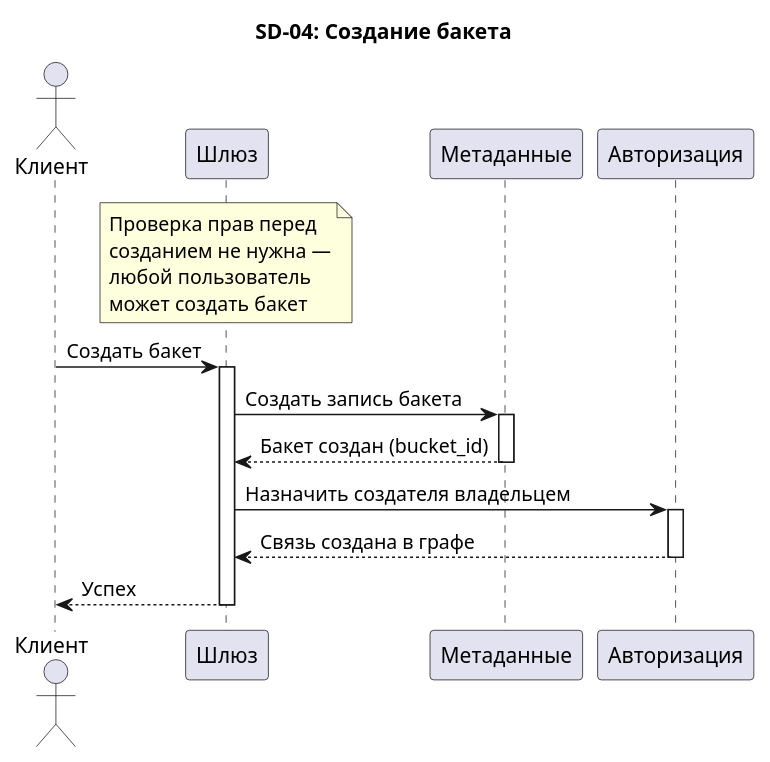
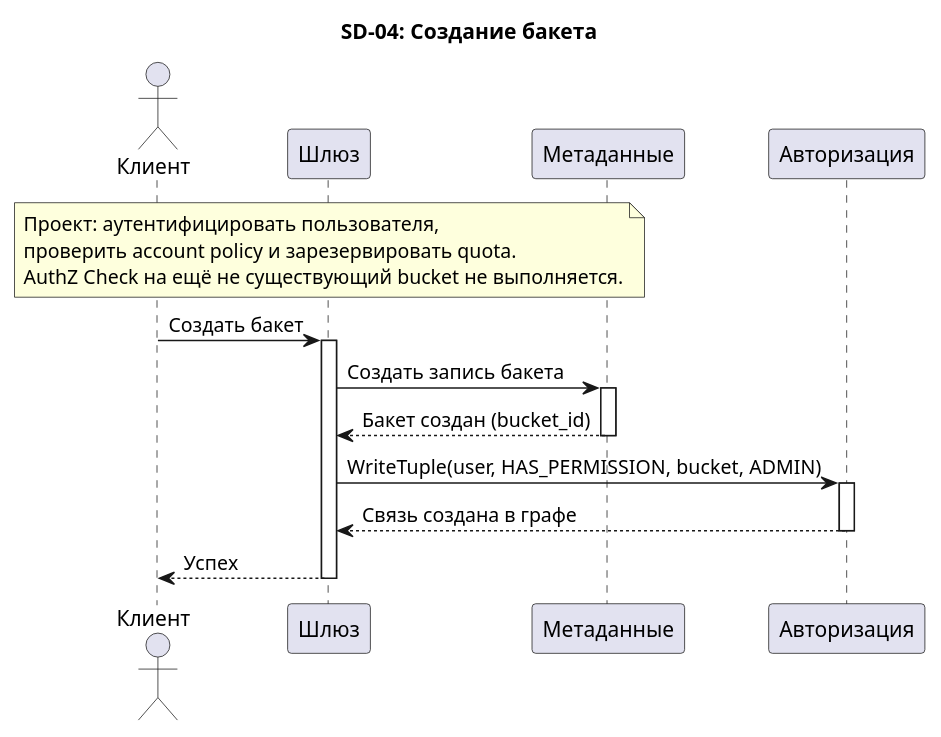
The fourth of 16 diagrams in docs/sequence_diagrams.md (alesplll/opens3-rebac), drawn with PlantUML before and after one commit. The commit also changed other lines of this file and 21 other files, not shown here.

````diff
--- a/docs/sequence_diagrams.md
+++ b/docs/sequence_diagrams.md
@@ -153,29 +154,29 @@
 ```plantuml
 @startuml SD-04-CreateBucket
 title SD-04: Создание бакета
 
 actor       "Клиент"   as Client
 participant "Шлюз"     as GW
 participant "Метаданные" as MD
 participant "Авторизация" as AZ
 
-note over GW : Проверка прав перед\nсозданием не нужна —\nлюбой пользователь\nможет создать бакет
+note over GW : Проект: аутентифицировать пользователя,\nпроверить account policy и зарезервировать quota.\nAuthZ Check на ещё не существующий bucket не выполняется.
 
 Client -> GW : Создать бакет
 activate GW
 
 GW -> MD : Создать запись бакета
 activate MD
 MD --> GW : Бакет создан (bucket_id)
 deactivate MD
 
-GW -> AZ : Назначить создателя владельцем
+GW -> AZ : WriteTuple(user, HAS_PERMISSION, bucket, ADMIN)
 activate AZ
 AZ --> GW : Связь создана в графе
 deactivate AZ
 
 GW --> Client : Успех
 deactivate GW
 
 @enduml
 ```
````
